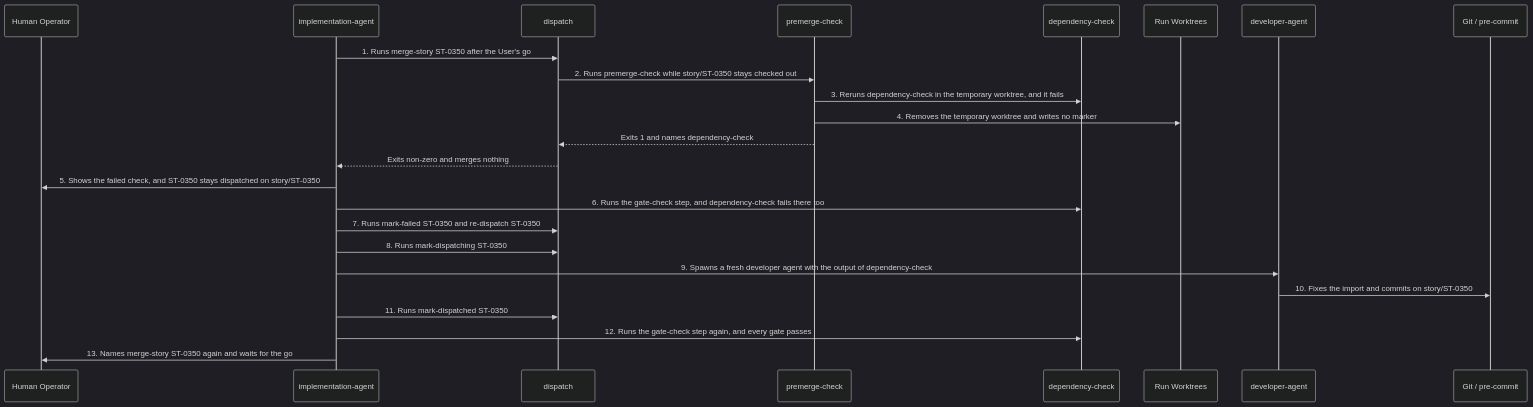
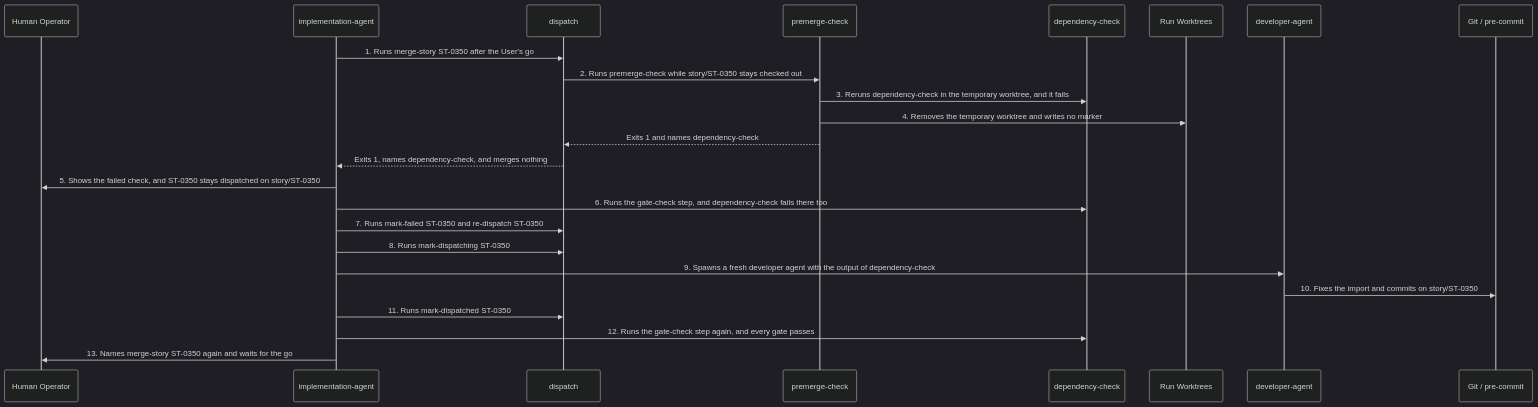
Before and after one commit to matthiasdaues/agent_factory: diagram 34 of 36 in docs/arc42/06_runtime_view.md, drawn with Mermaid (dark theme). The commit also changed other lines of this file and 49 other files, not shown here.

First line of the commit message:
refactor: address the reviewer's notes on the run lifecycle architecture (ATAM-0025)

````diff
--- a/docs/arc42/06_runtime_view.md
+++ b/docs/arc42/06_runtime_view.md
@@ -1430,27 +1428,27 @@
 ```mermaid
 sequenceDiagram
     participant U as Human Operator
     participant IA as implementation-agent
     participant D as dispatch
     participant PC as premerge-check
     participant DC as dependency-check
     participant RW as Run Worktrees
     participant DA as developer-agent
     participant G as Git / pre-commit
 
     IA->>D: 1. Runs merge-story ST-0350 after the User's go
     D->>PC: 2. Runs premerge-check while story/ST-0350 stays checked out
     PC->>DC: 3. Reruns dependency-check in the temporary worktree, and it fails
     PC->>RW: 4. Removes the temporary worktree and writes no marker
     PC-->>D: Exits 1 and names dependency-check
-    D-->>IA: Exits non-zero and merges nothing
+    D-->>IA: Exits 1, names dependency-check, and merges nothing
     IA->>U: 5. Shows the failed check, and ST-0350 stays dispatched on story/ST-0350
     IA->>DC: 6. Runs the gate-check step, and dependency-check fails there too
     IA->>D: 7. Runs mark-failed ST-0350 and re-dispatch ST-0350
     IA->>D: 8. Runs mark-dispatching ST-0350
     IA->>DA: 9. Spawns a fresh developer agent with the output of dependency-check
     DA->>G: 10. Fixes the import and commits on story/ST-0350
     IA->>D: 11. Runs mark-dispatched ST-0350
     IA->>DC: 12. Runs the gate-check step again, and every gate passes
     IA->>U: 13. Names merge-story ST-0350 again and waits for the go
 ```
````
